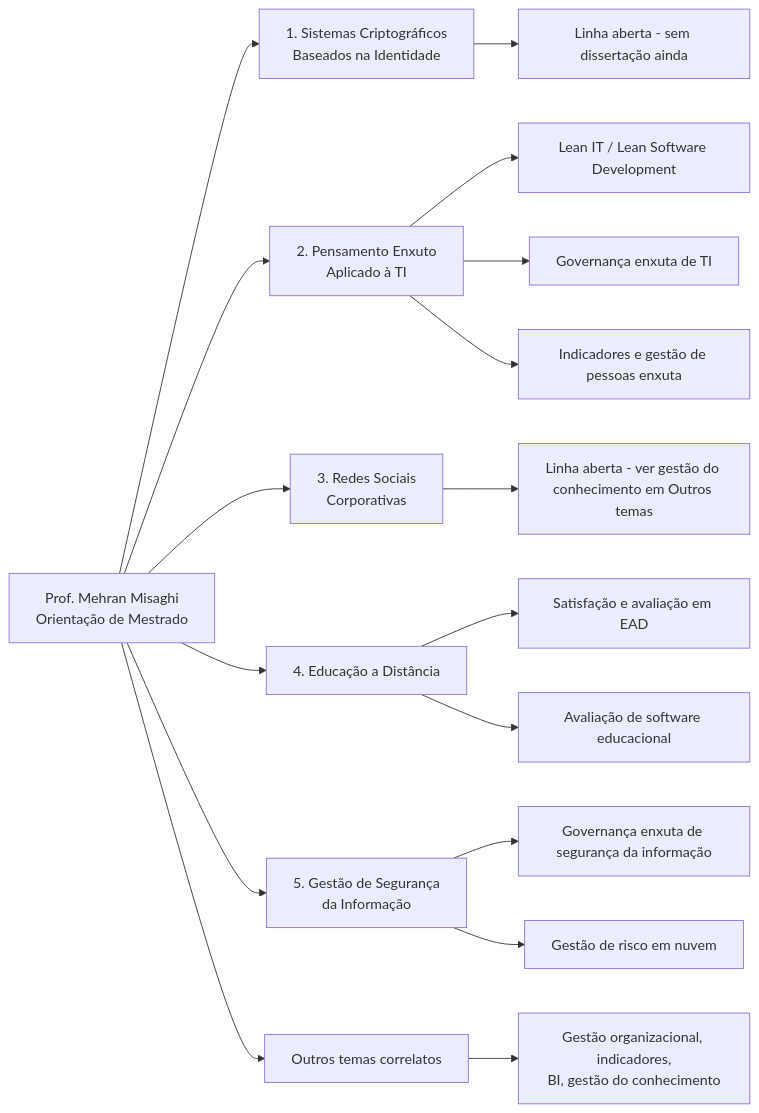
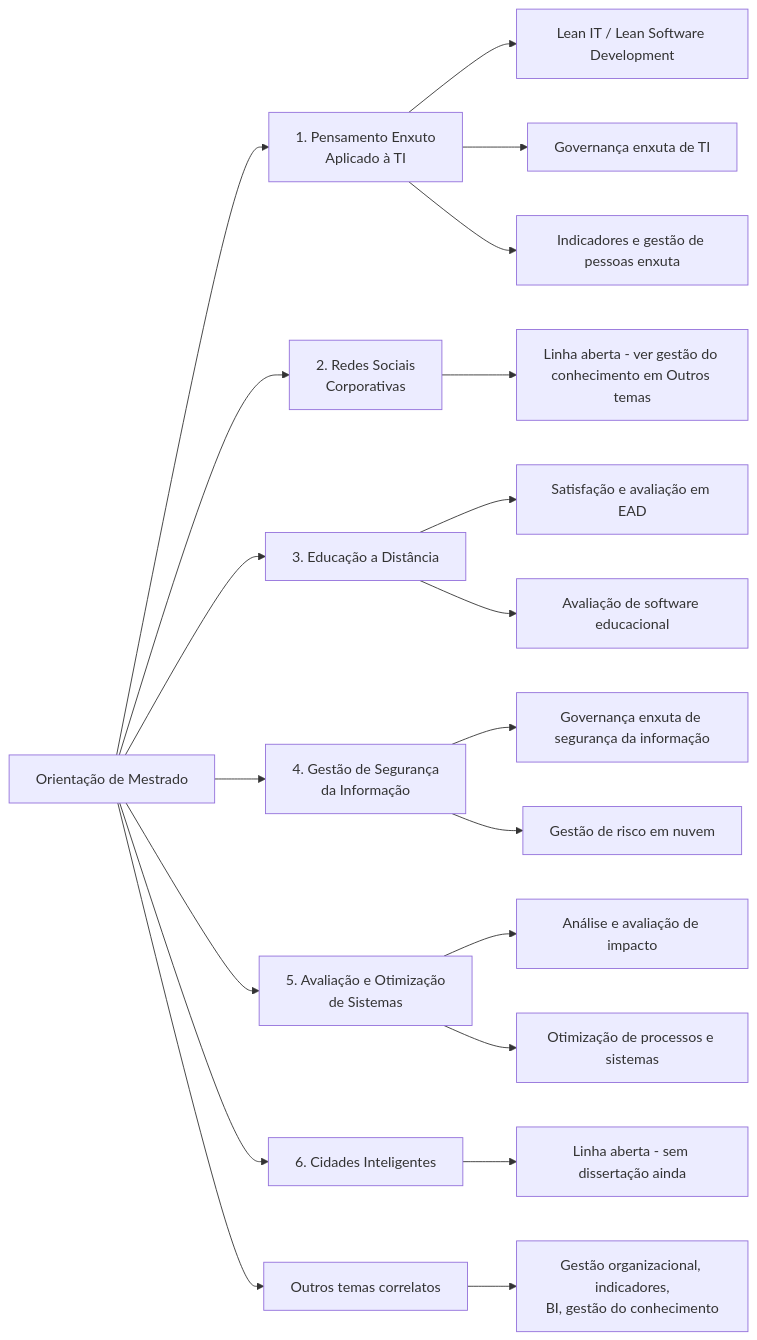
The diagram in linhas-de-pesquisa-mestrado.md (mehranmisaghi/orientacoes), drawn with Mermaid before and after one commit. The commit also changed other lines of this file, not shown here.

Commit message:
mestrado ok

````diff
--- a/linhas-de-pesquisa-mestrado.md
+++ b/linhas-de-pesquisa-mestrado.md
@@ -10,25 +10,29 @@
 ```mermaid
 flowchart LR
-    A[Prof. Mehran Misaghi<br/>Orientação de Mestrado] --> L1[1. Sistemas Criptográficos<br/>Baseados na Identidade]
-    A --> L2[2. Pensamento Enxuto<br/>Aplicado à TI]
-    A --> L3[3. Redes Sociais<br/>Corporativas]
-    A --> L4[4. Educação a Distância]
-    A --> L5[5. Gestão de Segurança<br/>da Informação]
-    A --> L6[Outros temas correlatos]
+    A[Orientação de Mestrado] --> L1[1. Pensamento Enxuto<br/>Aplicado à TI]
+    A --> L2[2. Redes Sociais<br/>Corporativas]
+    A --> L3[3. Educação a Distância]
+    A --> L4[4. Gestão de Segurança<br/>da Informação]
+    A --> L5[5. Avaliação e Otimização<br/>de Sistemas]
+    A --> L6[6. Cidades Inteligentes]
+    A --> L7[Outros temas correlatos]
 
-    L1 --> L1a[Linha aberta - sem dissertação ainda]
+    L1 --> L1a[Lean IT / Lean Software Development]
+    L1 --> L1b[Governança enxuta de TI]
+    L1 --> L1c[Indicadores e gestão de pessoas enxuta]
 
-    L2 --> L2a[Lean IT / Lean Software Development]
-    L2 --> L2b[Governança enxuta de TI]
-    L2 --> L2c[Indicadores e gestão de pessoas enxuta]
+    L2 --> L2a[Linha aberta - ver gestão do conhecimento em Outros temas]
 
-    L3 --> L3a[Linha aberta - ver gestão do conhecimento em Outros temas]
+    L3 --> L3a[Satisfação e avaliação em EAD]
+    L3 --> L3b[Avaliação de software educacional]
 
-    L4 --> L4a[Satisfação e avaliação em EAD]
-    L4 --> L4b[Avaliação de software educacional]
+    L4 --> L4a[Governança enxuta de segurança da informação]
+    L4 --> L4b[Gestão de risco em nuvem]
 
-    L5 --> L5a[Governança enxuta de segurança da informação]
-    L5 --> L5b[Gestão de risco em nuvem]
+    L5 --> L5a[Análise e avaliação de impacto]
+    L5 --> L5b[Otimização de processos e sistemas]
 
-    L6 --> L6a[Gestão organizacional, indicadores,<br/>BI, gestão do conhecimento]
+    L6 --> L6a[Linha aberta - sem dissertação ainda]
+
+    L7 --> L7a[Gestão organizacional, indicadores,<br/>BI, gestão do conhecimento]
 ```
````
